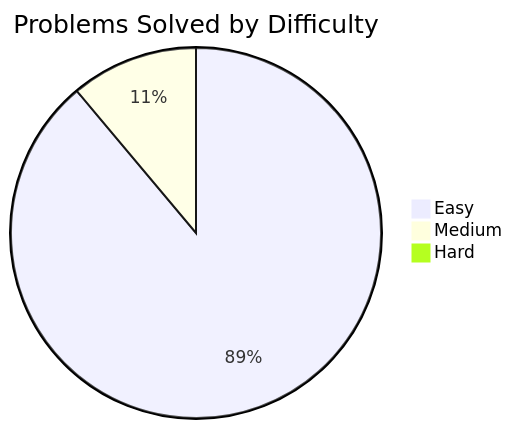
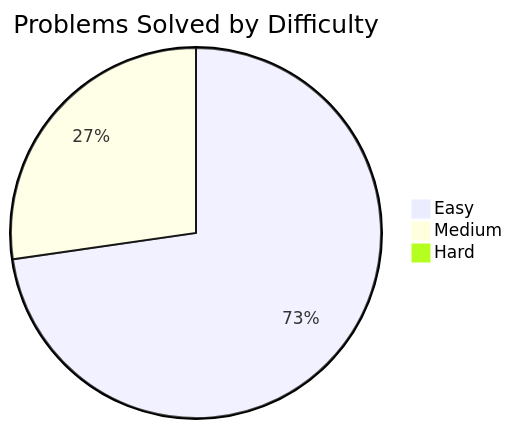
The diagram in README.md (xiaotwu/LeetPy), drawn with Mermaid before and after one commit. The commit also changed other lines of this file and 1 other file, not shown here.

Commit message:
Update README and medium problems list to reflect new solutions and progress

````diff
--- a/README.md
+++ b/README.md
@@ -23,6 +23,6 @@
 ```mermaid
 pie title Problems Solved by Difficulty
     "Easy" : 8
-    "Medium" : 1
+    "Medium" : 3
     "Hard" : 0
 ```
````
